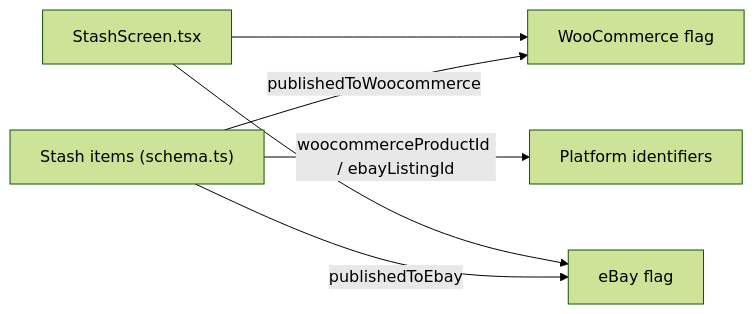
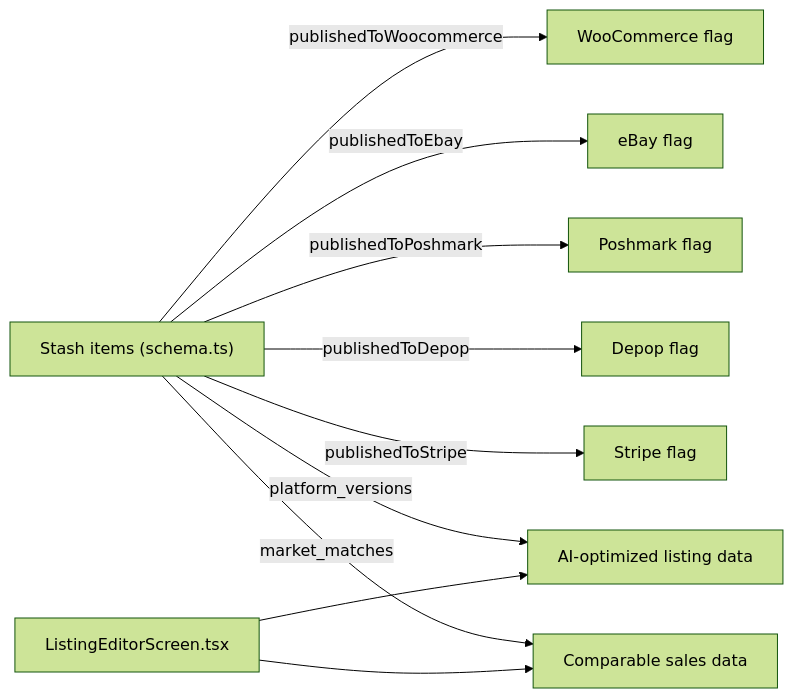
The eighth of 11 diagrams in .qoder/repowiki/en/content/Marketplace Integration/Multi-Platform Publishing.md (hunglevi87/Hidden-Gem), drawn with Mermaid (forest theme) before and after one commit. The commit also changed other lines of this file and 14 other files, not shown here.

````diff
--- a/.qoder/repowiki/en/content/Marketplace Integration/Multi-Platform Publishing.md
+++ b/.qoder/repowiki/en/content/Marketplace Integration/Multi-Platform Publishing.md
@@ -305,8 +350,12 @@
 ```mermaid
 graph LR
 Stash["Stash items (schema.ts)"] -- "publishedToWoocommerce" --> FlagsWoo["WooCommerce flag"]
 Stash -- "publishedToEbay" --> FlagsEbay["eBay flag"]
-Stash -- "woocommerceProductId / ebayListingId" --> Identifiers["Platform identifiers"]
-UI["StashScreen.tsx"] --> FlagsWoo
-UI --> FlagsEbay
+Stash -- "publishedToPoshmark" --> FlagsPosh["Poshmark flag"]
+Stash -- "publishedToDepop" --> FlagsDepop["Depop flag"]
+Stash -- "publishedToStripe" --> FlagsStripe["Stripe flag"]
+Stash -- "platform_versions" --> PlatformData["AI-optimized listing data"]
+Stash -- "market_matches" --> MarketData["Comparable sales data"]
+UI["ListingEditorScreen.tsx"] --> PlatformData
+UI --> MarketData
 ```
````
